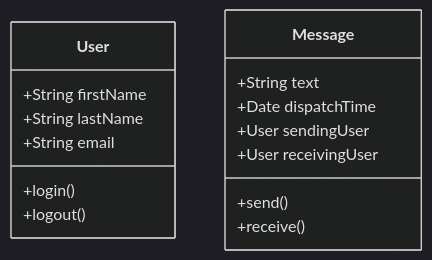
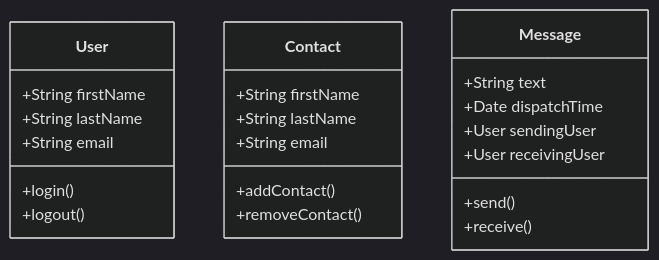
Before and after one commit to Korius668/ChatApp: the second of 3 diagrams in README.md, drawn with Mermaid (dark theme). The commit also changed other lines of this file, not shown here.

````diff
--- a/README.md
+++ b/README.md
@@ -59,18 +59,25 @@
 ```mermaid
 classDiagram
     class User {
         +String firstName
         +String lastName
         +String email
         +login()
         +logout()
+    }
+    class Contact {
+        +String firstName
+        +String lastName
+        +String email
+        +addContact()
+        +removeContact()
     }
     class Message {
         +String text
         +Date dispatchTime
         +User sendingUser
         +User receivingUser
         +send()
         +receive()
     }
 ```
````
